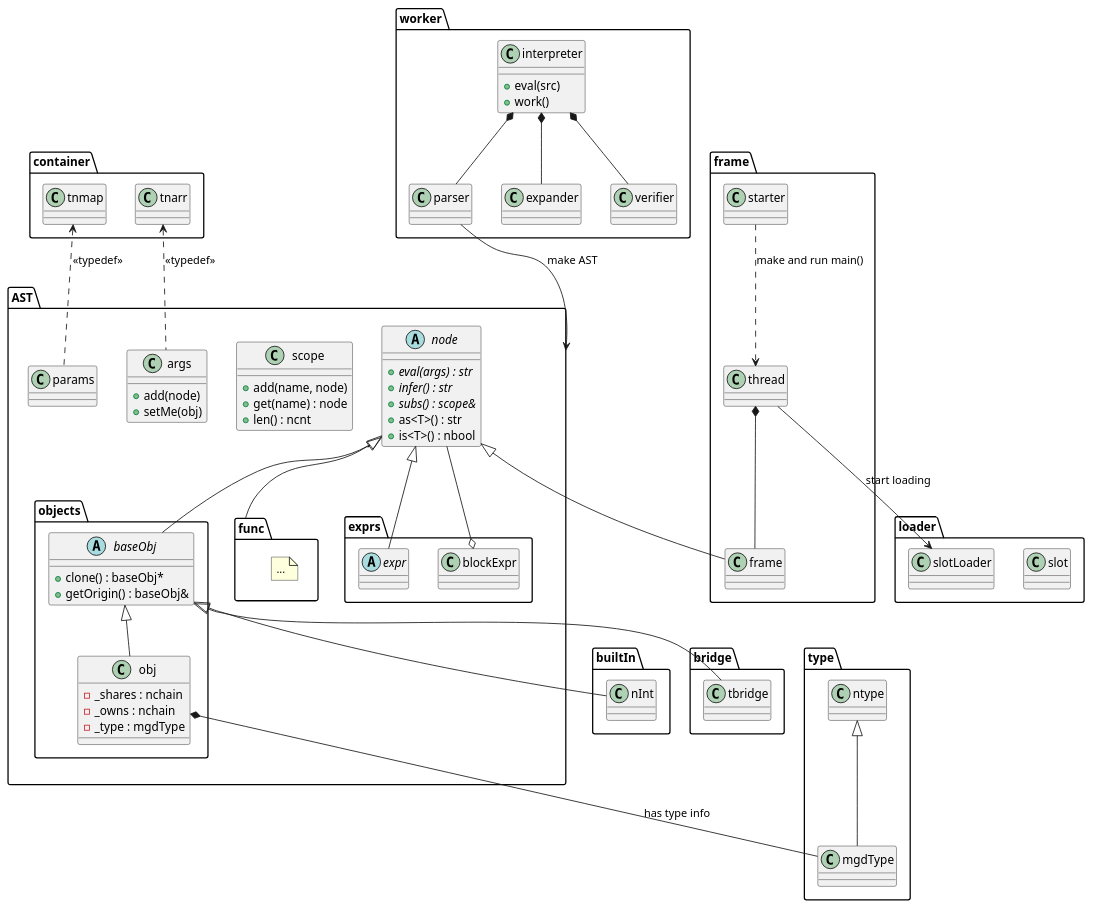
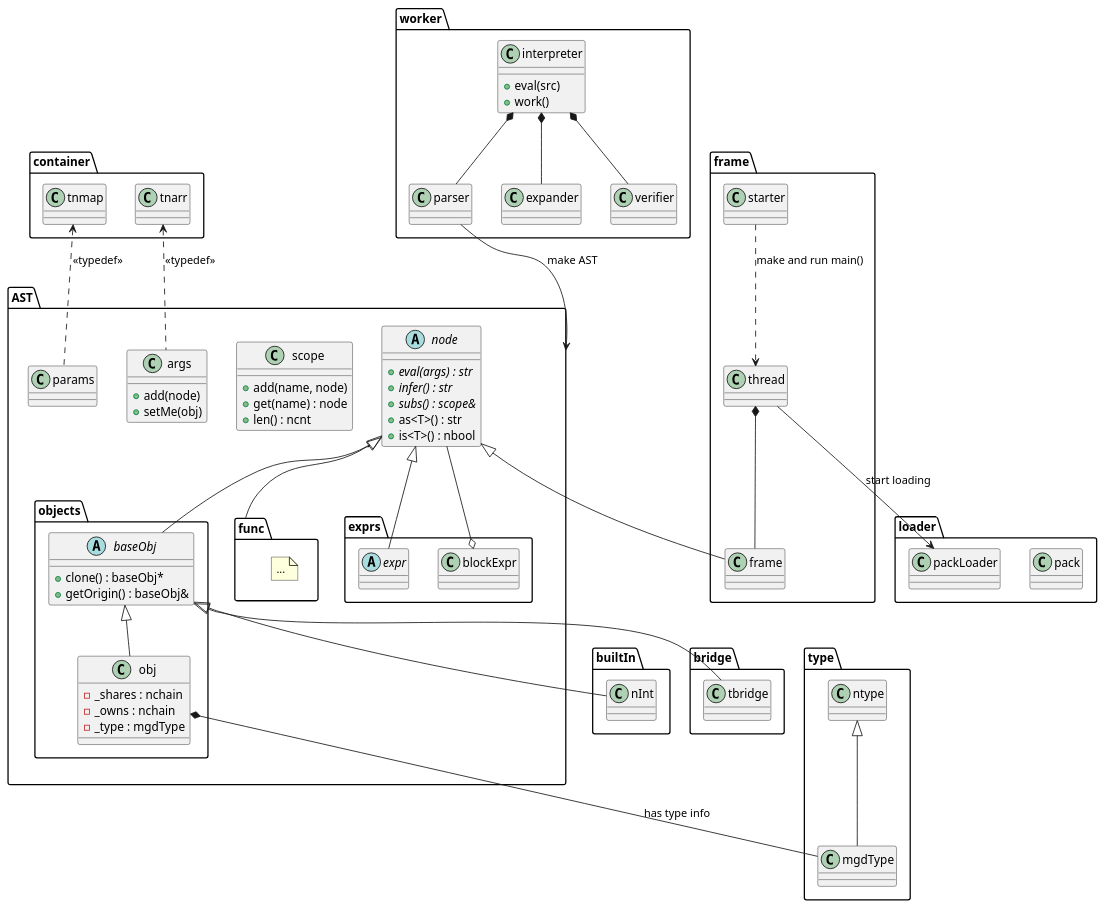
Before and after one commit to byeolang/byeol: the second of 19 diagrams in doc/ref/ko/ak-architecture-core.md, drawn with PlantUML. The commit also changed other lines of this file and 5 other files, not shown here.

```diff
--- a/doc/ref/ko/ak-architecture-core.md
+++ b/doc/ref/ko/ak-architecture-core.md
@@ -191,8 +191,8 @@
 baseObj <|-- tbridge
 
 package loader {
-  class slot
-  class slotLoader
+  class pack
+  class packLoader
 }
 
 package "frame" as frame1 {
@@ -203,7 +203,7 @@
 node <|-- frame
 thread *-- frame
 starter ..> thread: make and run main()
-thread --> slotLoader: start loading
+thread --> packLoader: start loading
 
 package worker {
   class interpreter {
```
